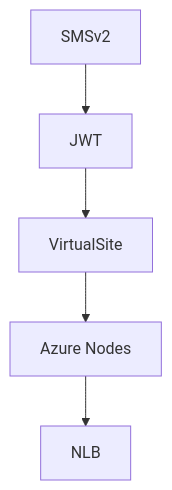
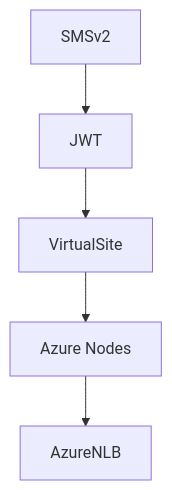
One commit to pavbjj/f5-xc-smsv2-azure changed the first of 4 diagrams in README.md. Above: the diagram before and after it, drawn with Mermaid.

````diff
--- a/README.md
+++ b/README.md
@@ -22,8 +22,8 @@
 ``` mermaid
 flowchart TD
     SMSv2["SMSv2"] --> JWT["JWT"]
     JWT --> VirtualSite["VirtualSite"]
     VirtualSite --> AzureNodes["Azure Nodes"]
-    AzureNodes --> NLB["NLB"]
+    AzureNodes --> AzureNLB["AzureNLB"]
 
 ```
````
